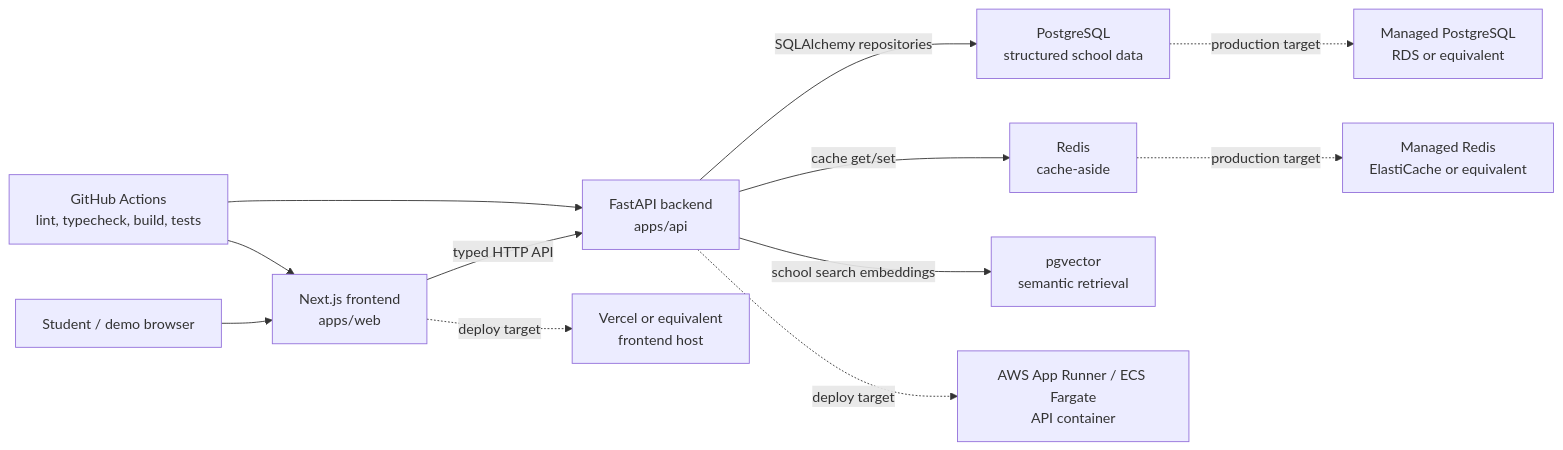
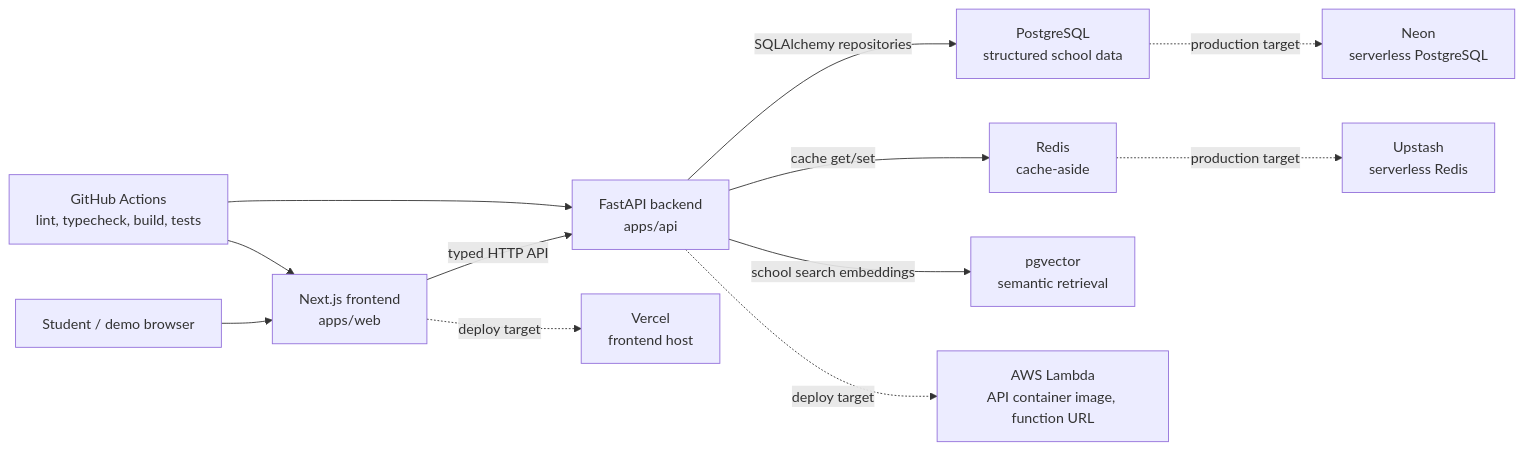
Before and after one commit to codysj/College-Explorer: the diagram in README.md, drawn with Mermaid. The commit also changed other lines of this file and 9 other files, not shown here.

First line of the commit message:
Plan V3.3 deployment on AWS Lambda, Neon, Upstash, and Vercel

````diff
--- a/README.md
+++ b/README.md
@@ -101,27 +101,27 @@
 ```mermaid
 flowchart LR
     user["Student / demo browser"]
     web["Next.js frontend<br/>apps/web"]
     api["FastAPI backend<br/>apps/api"]
     pg["PostgreSQL<br/>structured school data"]
     redis["Redis<br/>cache-aside"]
     pgvector["pgvector<br/>semantic retrieval"]
     gha["GitHub Actions<br/>lint, typecheck, build, tests"]
-    vercel["Vercel or equivalent<br/>frontend host"]
-    aws["AWS App Runner / ECS Fargate<br/>API container"]
-    rds["Managed PostgreSQL<br/>RDS or equivalent"]
-    elasticache["Managed Redis<br/>ElastiCache or equivalent"]
+    vercel["Vercel<br/>frontend host"]
+    aws["AWS Lambda<br/>API container image, function URL"]
+    rds["Neon<br/>serverless PostgreSQL"]
+    elasticache["Upstash<br/>serverless Redis"]
 
     user --> web
     web -->|"typed HTTP API"| api
     api -->|"SQLAlchemy repositories"| pg
     api -->|"cache get/set"| redis
     api -->|"school search embeddings"| pgvector
 
     gha --> web
     gha --> api
     web -. "deploy target" .-> vercel
     api -. "deploy target" .-> aws
     pg -. "production target" .-> rds
     redis -. "production target" .-> elasticache
 ```
````
